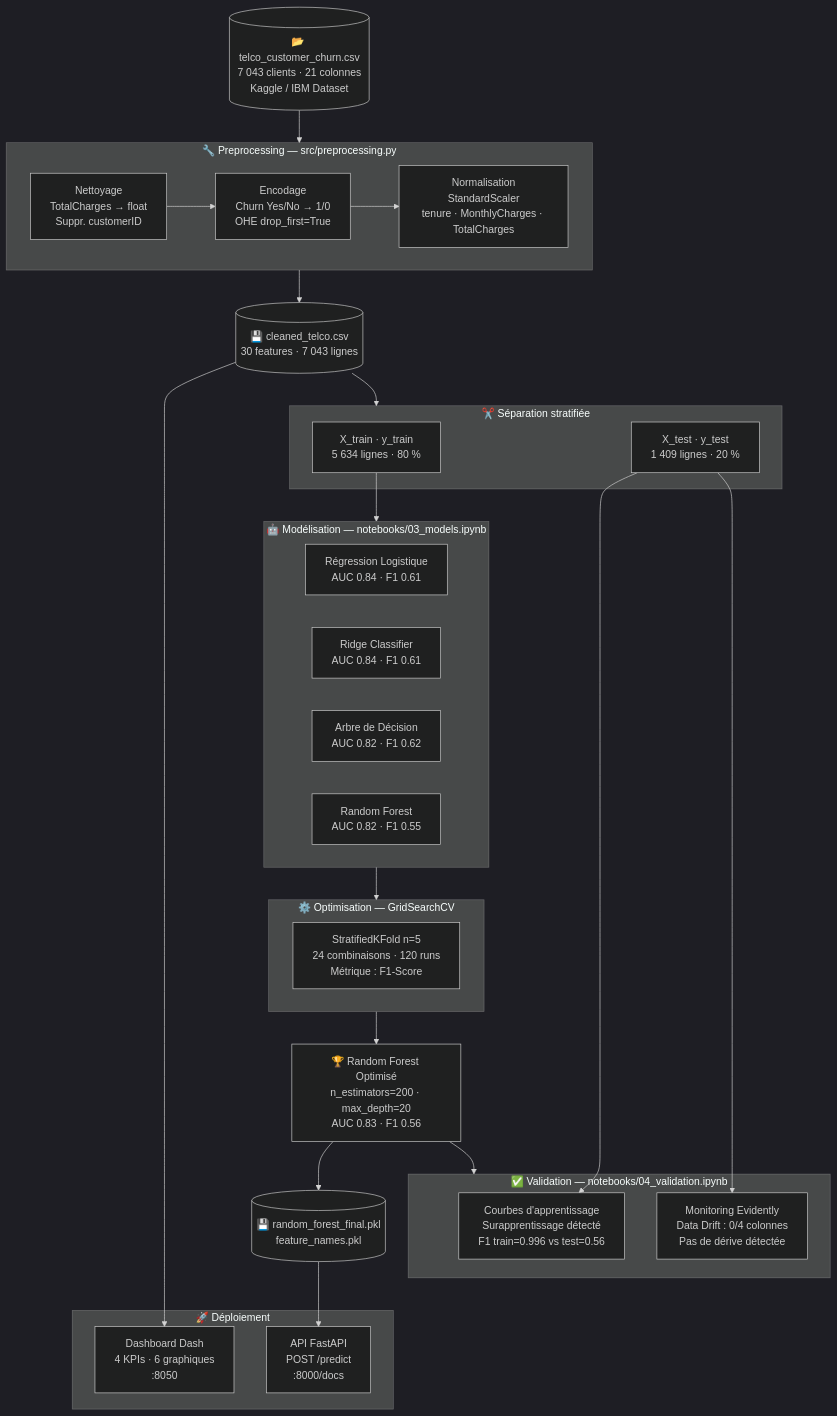
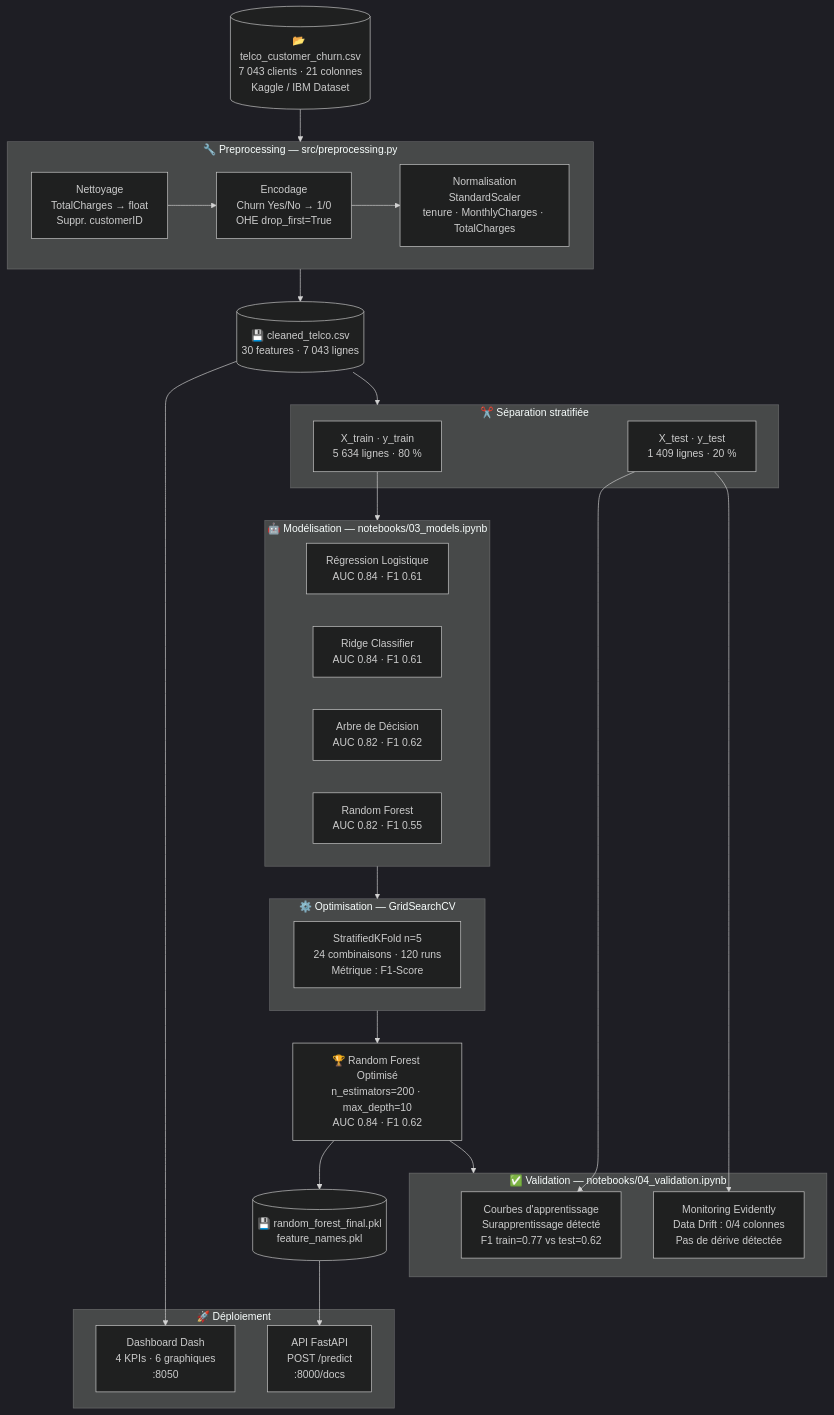
One commit to TheReal-Kevin/projet3-churn-prediction changed the first of 3 diagrams in docs/architecture.md. Above: the diagram before and after it, drawn with Mermaid (dark theme). The commit also changed 7 other files, not shown here.

````diff
--- a/docs/architecture.md
+++ b/docs/architecture.md
@@ -7,56 +7,56 @@
 ```mermaid
 flowchart TD
     A[("📂 telco_customer_churn.csv\n7 043 clients · 21 colonnes\nKaggle / IBM Dataset")]
 
     subgraph PREP ["🔧 Preprocessing — src/preprocessing.py"]
         B1["Nettoyage\nTotalCharges → float\nSuppr. customerID"]
         B2["Encodage\nChurn Yes/No → 1/0\nOHE drop_first=True"]
         B3["Normalisation\nStandardScaler\ntenure · MonthlyCharges · TotalCharges"]
     end
 
     C[("💾 cleaned_telco.csv\n30 features · 7 043 lignes")]
 
     subgraph SPLIT ["✂️ Séparation stratifiée"]
         D1["X_train · y_train\n5 634 lignes · 80 %"]
         D2["X_test · y_test\n1 409 lignes · 20 %"]
     end
 
     subgraph MODELS ["🤖 Modélisation — notebooks/03_models.ipynb"]
         E1["Régression Logistique\nAUC 0.84 · F1 0.61"]
         E2["Ridge Classifier\nAUC 0.84 · F1 0.61"]
         E3["Arbre de Décision\nAUC 0.82 · F1 0.62"]
         E4["Random Forest\nAUC 0.82 · F1 0.55"]
     end
 
     subgraph OPTIM ["⚙️ Optimisation — GridSearchCV"]
         F["StratifiedKFold n=5\n24 combinaisons · 120 runs\nMétrique : F1-Score"]
     end
 
-    G["🏆 Random Forest Optimisé\nn_estimators=200 · max_depth=20\nAUC 0.83 · F1 0.56"]
+    G["🏆 Random Forest Optimisé\nn_estimators=200 · max_depth=10\nAUC 0.84 · F1 0.62"]
 
     subgraph VALID ["✅ Validation — notebooks/04_validation.ipynb"]
-        H1["Courbes d'apprentissage\nSurapprentissage détecté\nF1 train=0.996 vs test=0.56"]
+        H1["Courbes d'apprentissage\nSurapprentissage détecté\nF1 train=0.77 vs test=0.62"]
         H2["Monitoring Evidently\nData Drift : 0/4 colonnes\nPas de dérive détectée"]
     end
 
     I[("💾 random_forest_final.pkl\nfeature_names.pkl")]
 
     subgraph DEPLOY ["🚀 Déploiement"]
         J1["API FastAPI\nPOST /predict\n:8000/docs"]
         J2["Dashboard Dash\n4 KPIs · 6 graphiques\n:8050"]
     end
 
     A --> PREP
     B1 --> B2 --> B3
     PREP --> C
     C --> SPLIT
     D1 --> MODELS
     MODELS --> OPTIM
     OPTIM --> G
     G --> VALID
     G --> I
     I --> J1
     C --> J2
     D2 --> H1
     D2 --> H2
 ```
````
